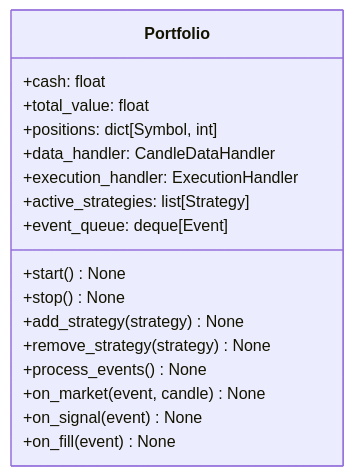
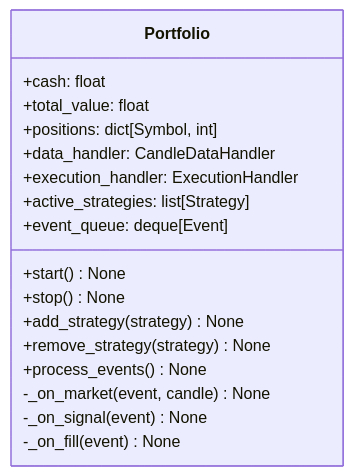
The sixth of 8 diagrams in ARCHITECTURE.md (SeyhmusGuler/goat), drawn with Mermaid before and after one commit.

````diff
--- a/ARCHITECTURE.md
+++ b/ARCHITECTURE.md
@@ -245,20 +245,20 @@
 ```mermaid
 classDiagram
     class Portfolio {
         +cash: float
         +total_value: float
         +positions: dict[Symbol, int]
         +data_handler: CandleDataHandler
         +execution_handler: ExecutionHandler
         +active_strategies: list[Strategy]
         +event_queue: deque[Event]
         +start() None
         +stop() None
         +add_strategy(strategy) None
         +remove_strategy(strategy) None
         +process_events() None
-        +on_market(event, candle) None
-        +on_signal(event) None
-        +on_fill(event) None
+        -_on_market(event, candle) None
+        -_on_signal(event) None
+        -_on_fill(event) None
     }
 ```
````
